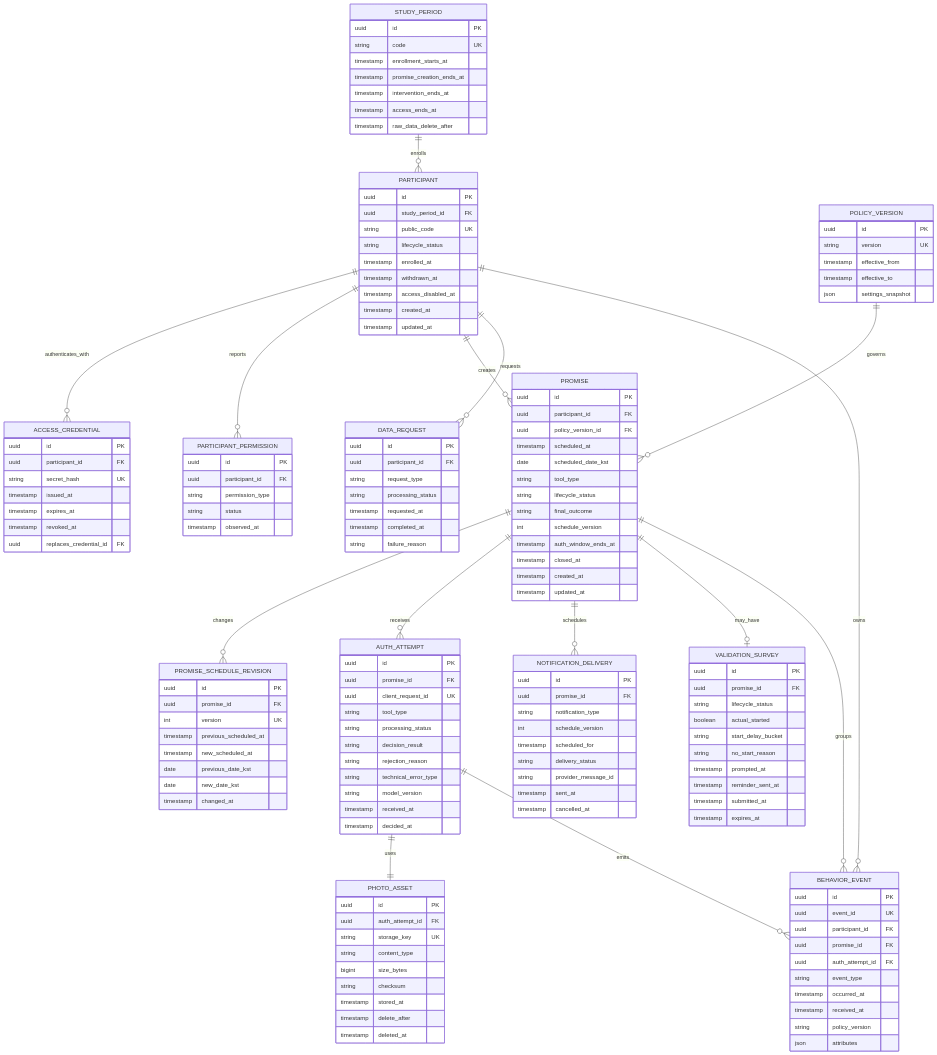
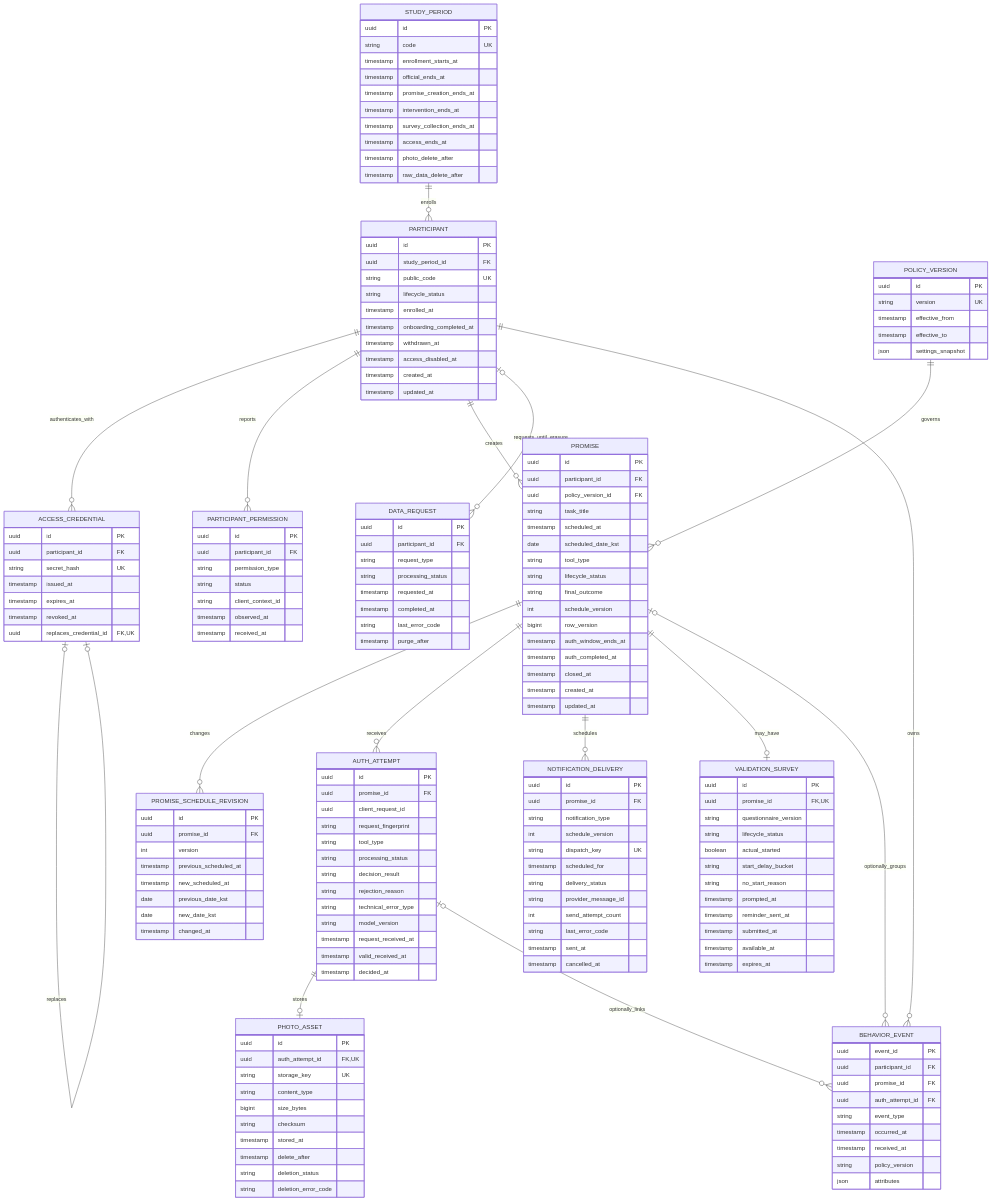
One commit to the-dodu-team/dodu changed the diagram in docs/dodu/DATA_MODEL.md. Above: the diagram before and after it, drawn with Mermaid. The commit also changed other lines of this file and 4 other files, not shown here.

First line of the commit message:
docs: reconcile ERD relationships and lifecycle explanations

````diff
--- a/docs/dodu/DATA_MODEL.md
+++ b/docs/dodu/DATA_MODEL.md
@@ -24,24 +28,28 @@
     PARTICIPANT ||--o{ ACCESS_CREDENTIAL : authenticates_with
     PARTICIPANT ||--o{ PARTICIPANT_PERMISSION : reports
     PARTICIPANT ||--o{ PROMISE : creates
-    PARTICIPANT ||--o{ DATA_REQUEST : requests
+    PARTICIPANT |o--o{ DATA_REQUEST : requests_until_erasure
+    ACCESS_CREDENTIAL |o--o| ACCESS_CREDENTIAL : replaces
     POLICY_VERSION ||--o{ PROMISE : governs
     PROMISE ||--o{ PROMISE_SCHEDULE_REVISION : changes
     PROMISE ||--o{ AUTH_ATTEMPT : receives
     PROMISE ||--o{ NOTIFICATION_DELIVERY : schedules
     PROMISE ||--o| VALIDATION_SURVEY : may_have
-    PROMISE ||--o{ BEHAVIOR_EVENT : groups
-    AUTH_ATTEMPT ||--|| PHOTO_ASSET : uses
-    AUTH_ATTEMPT ||--o{ BEHAVIOR_EVENT : emits
+    PROMISE |o--o{ BEHAVIOR_EVENT : optionally_groups
+    AUTH_ATTEMPT ||--o| PHOTO_ASSET : stores
+    AUTH_ATTEMPT |o--o{ BEHAVIOR_EVENT : optionally_links
     PARTICIPANT ||--o{ BEHAVIOR_EVENT : owns
 
     STUDY_PERIOD {
         uuid id PK
         string code UK
         timestamp enrollment_starts_at
+        timestamp official_ends_at
         timestamp promise_creation_ends_at
         timestamp intervention_ends_at
+        timestamp survey_collection_ends_at
         timestamp access_ends_at
+        timestamp photo_delete_after
         timestamp raw_data_delete_after
     }
     POLICY_VERSION {
@@ -57,6 +65,7 @@
         string public_code UK
         string lifecycle_status
         timestamp enrolled_at
+        timestamp onboarding_completed_at
         timestamp withdrawn_at
         timestamp access_disabled_at
         timestamp created_at
@@ -69,26 +78,31 @@
         timestamp issued_at
         timestamp expires_at
         timestamp revoked_at
-        uuid replaces_credential_id FK
+        uuid replaces_credential_id FK, UK
     }
     PARTICIPANT_PERMISSION {
         uuid id PK
         uuid participant_id FK
         string permission_type
         string status
+        string client_context_id
         timestamp observed_at
+        timestamp received_at
     }
     PROMISE {
         uuid id PK
         uuid participant_id FK
         uuid policy_version_id FK
+        string task_title
         timestamp scheduled_at
         date scheduled_date_kst
         string tool_type
         string lifecycle_status
         string final_outcome
         int schedule_version
+        bigint row_version
         timestamp auth_window_ends_at
+        timestamp auth_completed_at
         timestamp closed_at
         timestamp created_at
         timestamp updated_at
@@ -96,7 +110,7 @@
     PROMISE_SCHEDULE_REVISION {
         uuid id PK
         uuid promise_id FK
-        int version UK
+        int version
         timestamp previous_scheduled_at
         timestamp new_scheduled_at
         date previous_date_kst
@@ -106,41 +120,48 @@
     AUTH_ATTEMPT {
         uuid id PK
         uuid promise_id FK
-        uuid client_request_id UK
+        uuid client_request_id
+        string request_fingerprint
         string tool_type
         string processing_status
         string decision_result
         string rejection_reason
         string technical_error_type
         string model_version
-        timestamp received_at
+        timestamp request_received_at
+        timestamp valid_received_at
         timestamp decided_at
     }
     PHOTO_ASSET {
         uuid id PK
-        uuid auth_attempt_id FK
+        uuid auth_attempt_id FK, UK
         string storage_key UK
         string content_type
         bigint size_bytes
         string checksum
         timestamp stored_at
         timestamp delete_after
-        timestamp deleted_at
+        string deletion_status
+        string deletion_error_code
     }
     NOTIFICATION_DELIVERY {
         uuid id PK
         uuid promise_id FK
         string notification_type
         int schedule_version
+        string dispatch_key UK
         timestamp scheduled_for
         string delivery_status
         string provider_message_id
+        int send_attempt_count
+        string last_error_code
         timestamp sent_at
         timestamp cancelled_at
     }
     VALIDATION_SURVEY {
         uuid id PK
-        uuid promise_id FK
+        uuid promise_id FK, UK
+        string questionnaire_version
         string lifecycle_status
         boolean actual_started
         string start_delay_bucket
@@ -148,11 +169,11 @@
         timestamp prompted_at
         timestamp reminder_sent_at
         timestamp submitted_at
+        timestamp available_at
         timestamp expires_at
     }
     BEHAVIOR_EVENT {
-        uuid id PK
-        uuid event_id UK
+        uuid event_id PK
         uuid participant_id FK
         uuid promise_id FK
         uuid auth_attempt_id FK
@@ -169,6 +190,7 @@
         string processing_status
         timestamp requested_at
         timestamp completed_at
-        string failure_reason
+        string last_error_code
+        timestamp purge_after
     }
 ```
````
